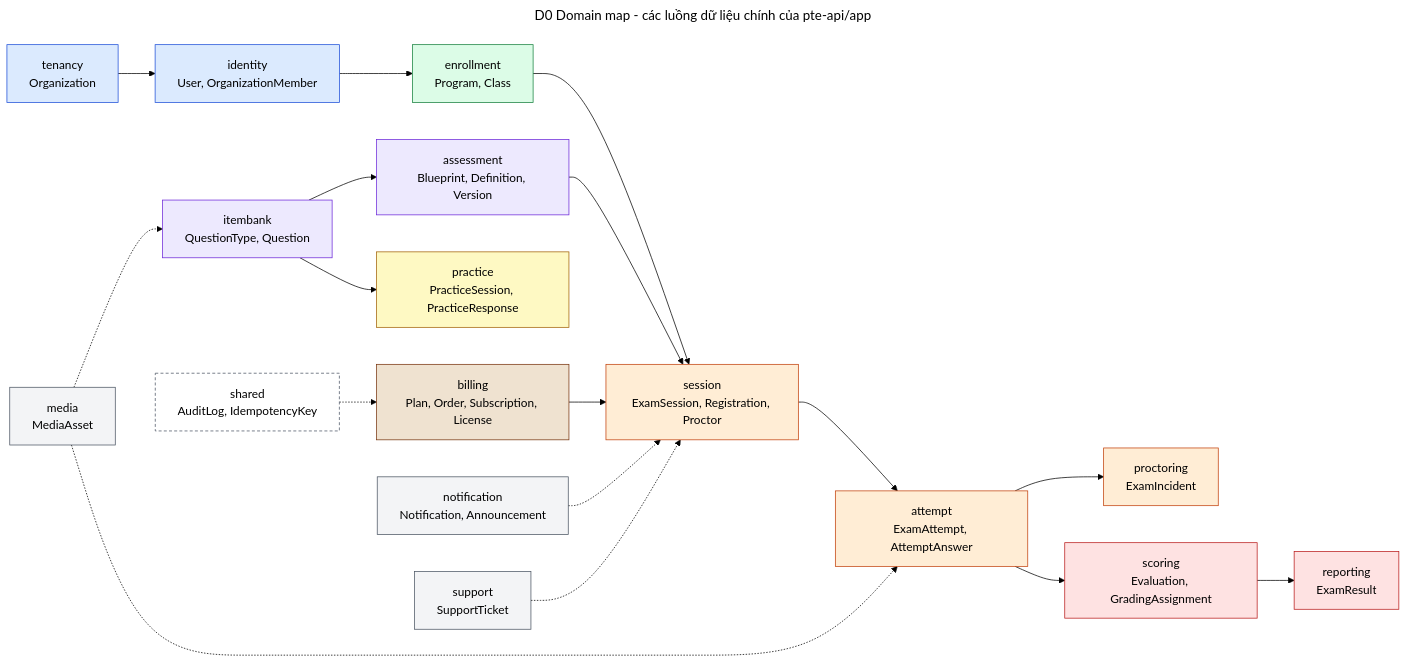
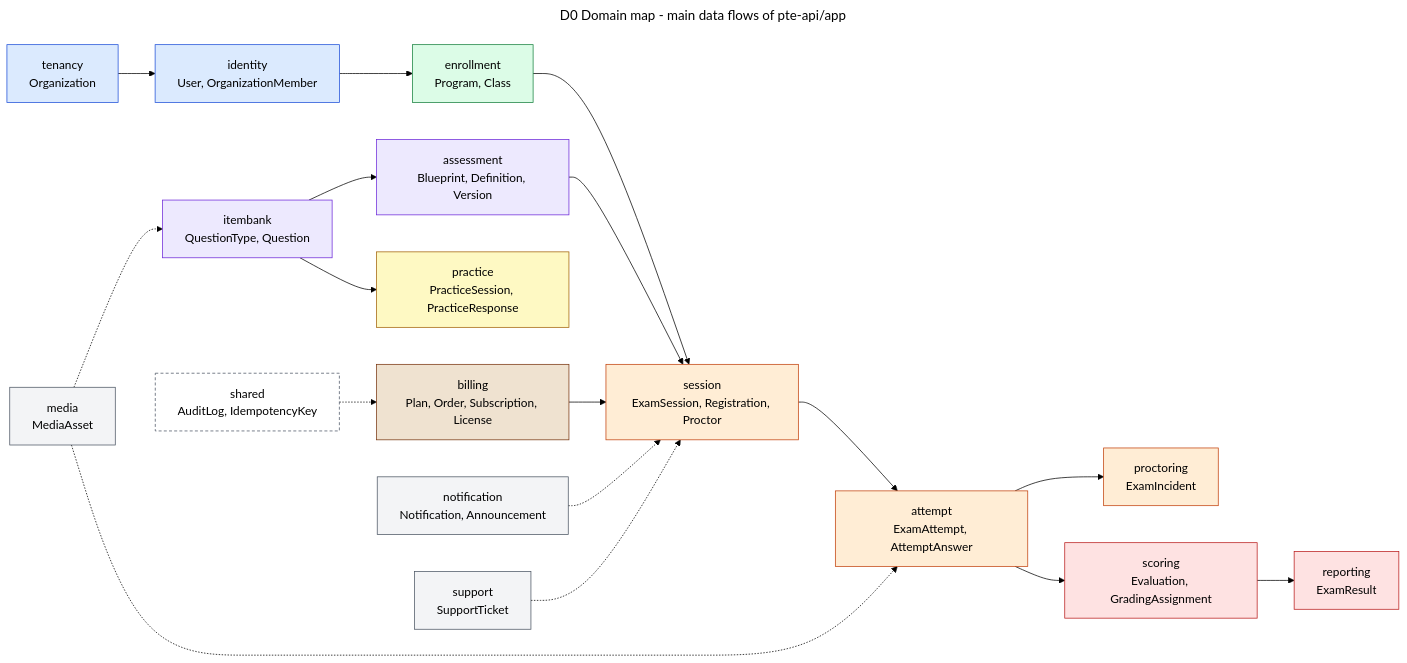
One commit to pte-org/pte-doc changed the diagram in projects/architecture/erd/d0-domain-map.mmd. Above: the diagram before and after it, drawn with Mermaid (forest theme). The commit also changed 59 other files, not shown here.

```diff
--- a/projects/architecture/erd/d0-domain-map.mmd
+++ b/projects/architecture/erd/d0-domain-map.mmd
@@ -1,40 +1,40 @@
 ---
-title: D0 Domain map - các luồng dữ liệu chính của pte-api/app
+title: D0 Domain map - main data flows of pte-api/app
 ---
-%% A --> B: B dùng dữ liệu của A. Nét đứt: module hạ tầng được nhiều module gọi tới.
+%% A --> B: B uses data owned by A. Dashed line: infrastructure module called by many modules.
 flowchart LR
   tenancy["tenancy<br/>Organization"] --> identity["identity<br/>User, OrganizationMember"]
   identity --> enrollment["enrollment<br/>Program, Class"]
   itembank["itembank<br/>QuestionType, Question"] --> assessment["assessment<br/>Blueprint, Definition, Version"]
   assessment --> session["session<br/>ExamSession, Registration, Proctor"]
   enrollment --> session
   billing["billing<br/>Plan, Order, Subscription, License"] --> session
   session --> attempt["attempt<br/>ExamAttempt, AttemptAnswer"]
   attempt --> proctoring["proctoring<br/>ExamIncident"]
   attempt --> scoring["scoring<br/>Evaluation, GradingAssignment"]
   scoring --> reporting["reporting<br/>ExamResult"]
   itembank --> practice["practice<br/>PracticeSession, PracticeResponse"]
   media["media<br/>MediaAsset"] -.-> itembank
   media -.-> attempt
   notification["notification<br/>Notification, Announcement"] -.-> session
   support["support<br/>SupportTicket"] -.-> session
   shared["shared<br/>AuditLog, IdempotencyKey"] -.-> billing
 
   classDef org fill:#dbeafe,stroke:#1d4ed8
   classDef edu fill:#dcfce7,stroke:#15803d
   classDef content fill:#ede9fe,stroke:#6d28d9
   classDef exam fill:#ffedd5,stroke:#c2410c
   classDef score fill:#fee2e2,stroke:#b91c1c
   classDef practice fill:#fef9c3,stroke:#a16207
   classDef billing fill:#efe2d0,stroke:#78350f
   classDef infra fill:#f3f4f6,stroke:#4b5563
   classDef shared fill:#ffffff,stroke:#4b5563,stroke-dasharray:4 3
   class tenancy,identity org
   class enrollment edu
   class itembank,assessment content
   class session,attempt,proctoring exam
   class scoring,reporting score
   class practice practice
   class billing billing
   class media,notification,support infra
   class shared shared
```
